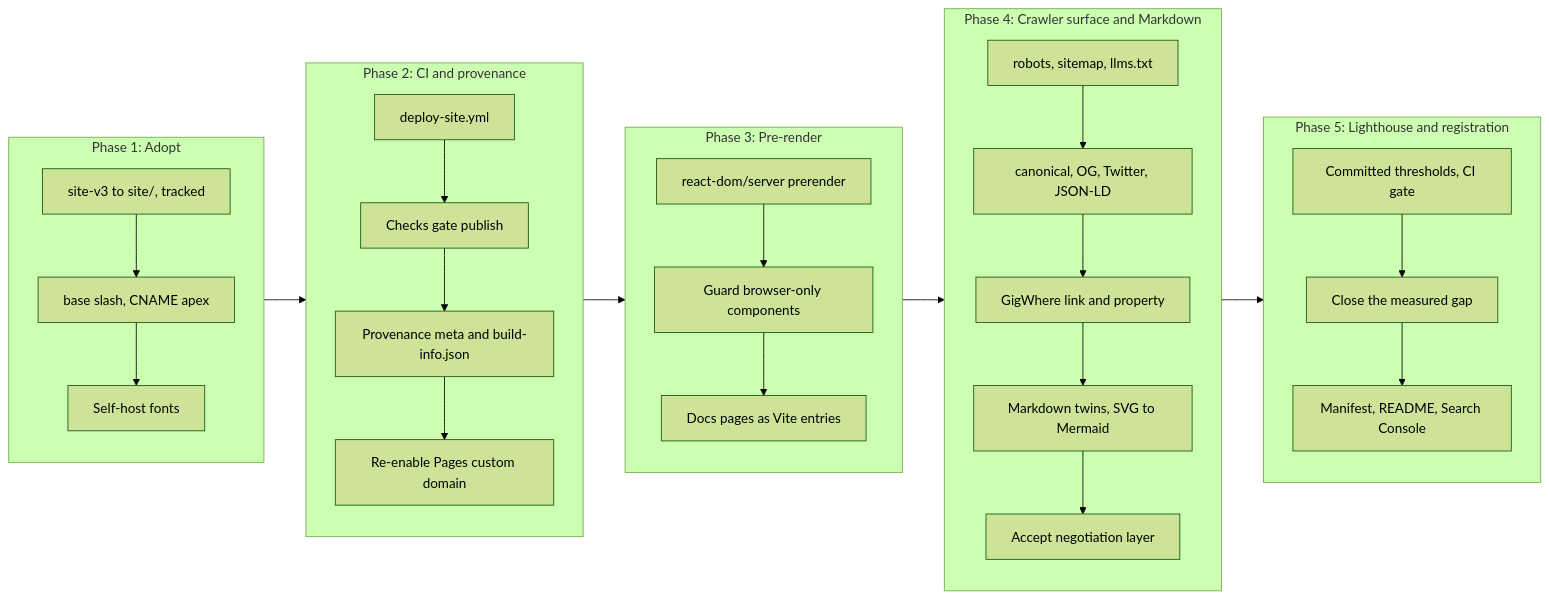
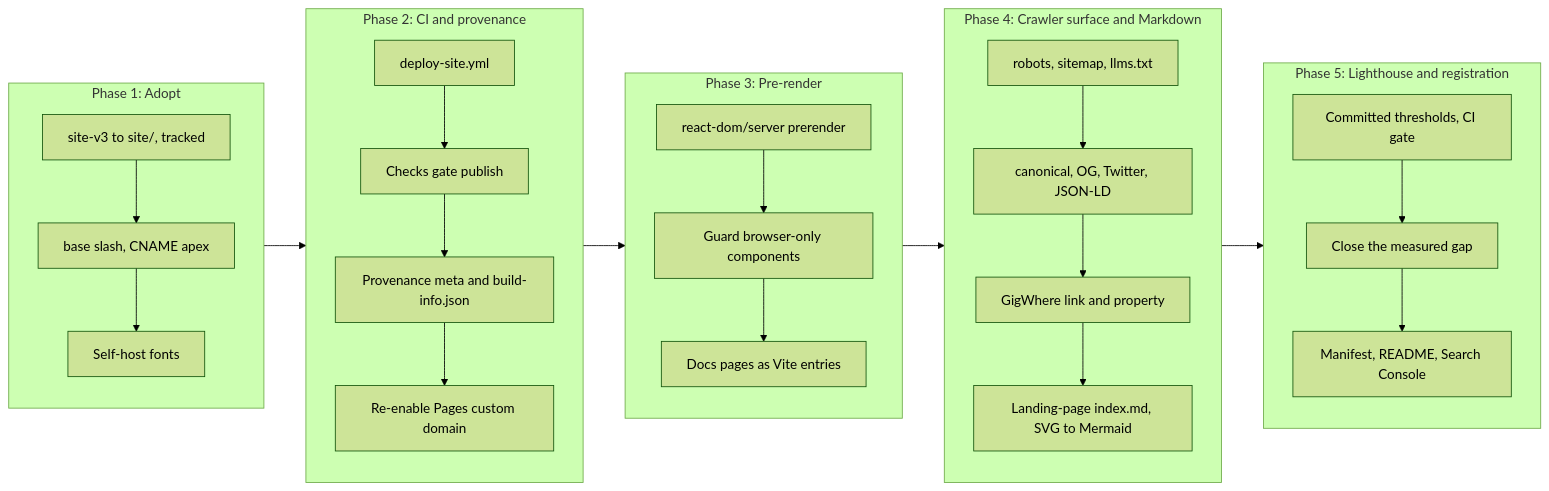
One commit to desek/outlook-local-mcp changed the third of 4 diagrams in docs/cr/CR-0070-site-v3-adoption-with-seo-geo-optimization-and-ci-deployment.md. Above: the diagram before and after it, drawn with Mermaid (forest theme). The commit also changed other lines of this file, not shown here.

````diff
--- a/docs/cr/CR-0070-site-v3-adoption-with-seo-geo-optimization-and-ci-deployment.md
+++ b/docs/cr/CR-0070-site-v3-adoption-with-seo-geo-optimization-and-ci-deployment.md
@@ -717,27 +718,26 @@
 ```mermaid
 flowchart LR
     subgraph P1["Phase 1: Adopt"]
         A1["site-v3 to site/, tracked"] --> A2["base slash, CNAME apex"]
         A2 --> A3["Self-host fonts"]
     end
     subgraph P2["Phase 2: CI and provenance"]
         B1["deploy-site.yml"] --> B2["Checks gate publish"]
         B2 --> B3["Provenance meta and build-info.json"]
         B3 --> B4["Re-enable Pages custom domain"]
     end
     subgraph P3["Phase 3: Pre-render"]
         C1["react-dom/server prerender"] --> C2["Guard browser-only components"]
         C2 --> C3["Docs pages as Vite entries"]
     end
     subgraph P4["Phase 4: Crawler surface and Markdown"]
         D1["robots, sitemap, llms.txt"] --> D2["canonical, OG, Twitter, JSON-LD"]
         D2 --> D3["GigWhere link and property"]
-        D3 --> D4["Markdown twins, SVG to Mermaid"]
-        D4 --> D5["Accept negotiation layer"]
+        D3 --> D4["Landing-page index.md, SVG to Mermaid"]
     end
     subgraph P5["Phase 5: Lighthouse and registration"]
         E1["Committed thresholds, CI gate"] --> E2["Close the measured gap"]
         E2 --> E3["Manifest, README, Search Console"]
     end
     P1 --> P2 --> P3 --> P4 --> P5
 ```
````
